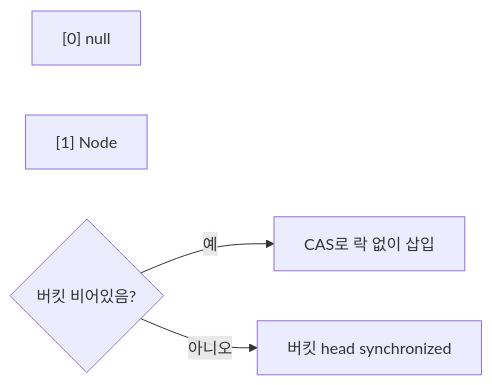
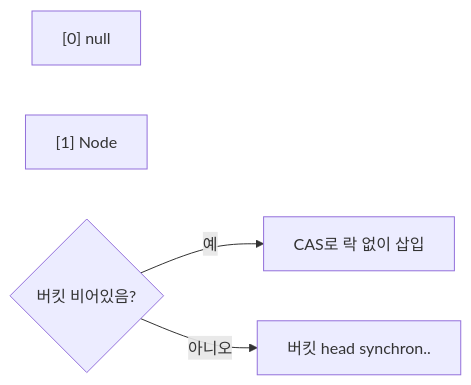
Diagram 15 of 21 in _posts/java/2026-05-01-java-collections.md (yjkim2015/yjkim2015.github.io), drawn with Mermaid before and after one commit. The commit also changed other lines of this file and 149 other files, not shown here.

First line of the commit message:
Mermaid 가독성 개선: 라벨 축약, 노드 축소, TD→LR 변환

````diff
--- a/_posts/java/2026-05-01-java-collections.md
+++ b/_posts/java/2026-05-01-java-collections.md
@@ -601,9 +594,9 @@
 ```mermaid
 graph LR
     B0["[0] null"] & B1["[1] Node"]
     PUT{"버킷 비어있음?"}
     CAS["CAS로 락 없이 삽입"]
-    SYNC["버킷 head synchronized"]
+    SYNC["버킷 head synchron.."]
     PUT -->|"예"| CAS
     PUT -->|"아니오"| SYNC
 ```
````
